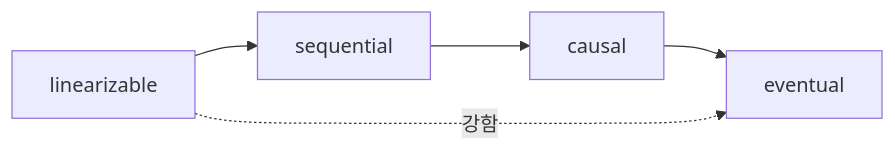
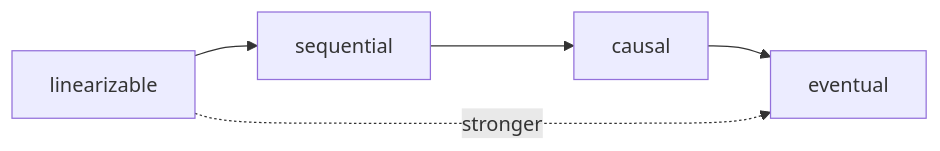
The diagram in content/distributed-systems-101/ko/04-consistency-and-cap.md (yeongseon-books/book-content), drawn with Mermaid before and after one commit. The commit also changed other lines of this file and 9 other files, not shown here.

````diff
--- a/content/distributed-systems-101/ko/04-consistency-and-cap.md
+++ b/content/distributed-systems-101/ko/04-consistency-and-cap.md
@@ -36,7 +46,7 @@
 ```mermaid
 flowchart LR
     A["linearizable"] --> B["sequential"]
     B --> C["causal"]
     C --> D["eventual"]
-    A -.->|강함| D
+    A -.->|stronger| D
 ```
````
